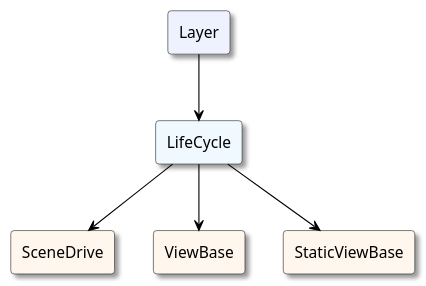
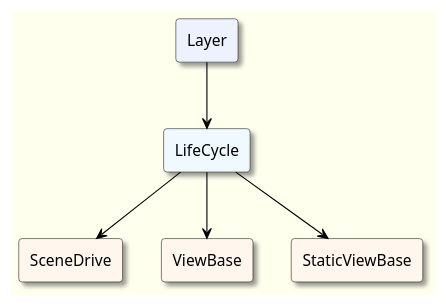
The diagram in contents/docs/module/module/ui/index.mdx (1226085293/MKFrameworkDocs), drawn with PlantUML before and after one commit. The commit also changed 4 other files, not shown here.

````diff
--- a/contents/docs/module/module/ui/index.mdx
+++ b/contents/docs/module/module/ui/index.mdx
@@ -9,24 +9,24 @@
 ```plantuml
 @startuml
 skinparam dpi 96
 top to bottom direction
 
 ' 样式
 skinparam Shadowing true
 skinparam RoundCorner 6
-skinparam BackgroundColor #ffffff
+skinparam BackgroundColor #ffffeeff
 skinparam BorderColor #333333
 skinparam ArrowColor #000000ff
 
 rectangle "Layer" as Layer #eef2ff
 rectangle "LifeCycle" as LifeCycle #f0f9ff
 rectangle "SceneDrive" as SceneDrive #fff7ed
 rectangle "ViewBase" as ViewBase #fff7ed
 rectangle "StaticViewBase" as StaticViewBase #fff7ed
 
 Layer --> LifeCycle
 LifeCycle --> SceneDrive
 LifeCycle --> ViewBase
 LifeCycle --> StaticViewBase
 @enduml
 ```
````
